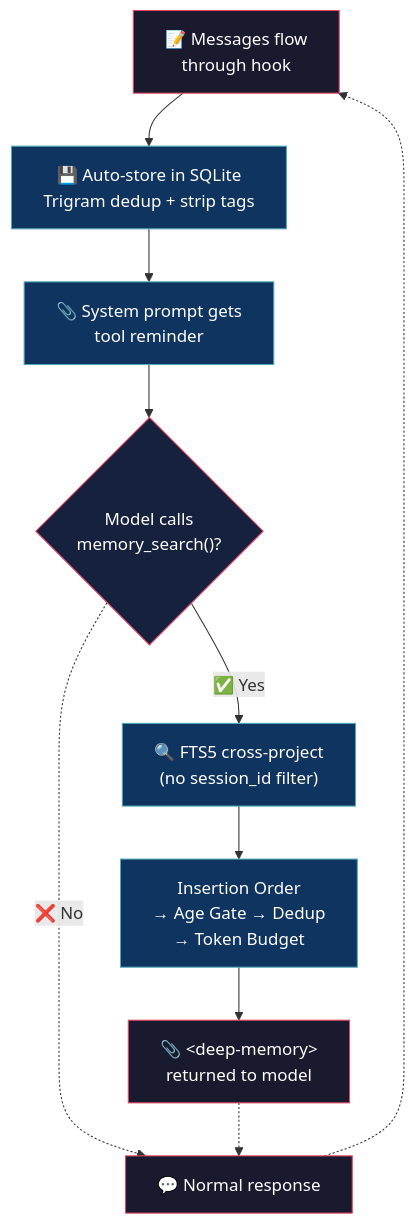
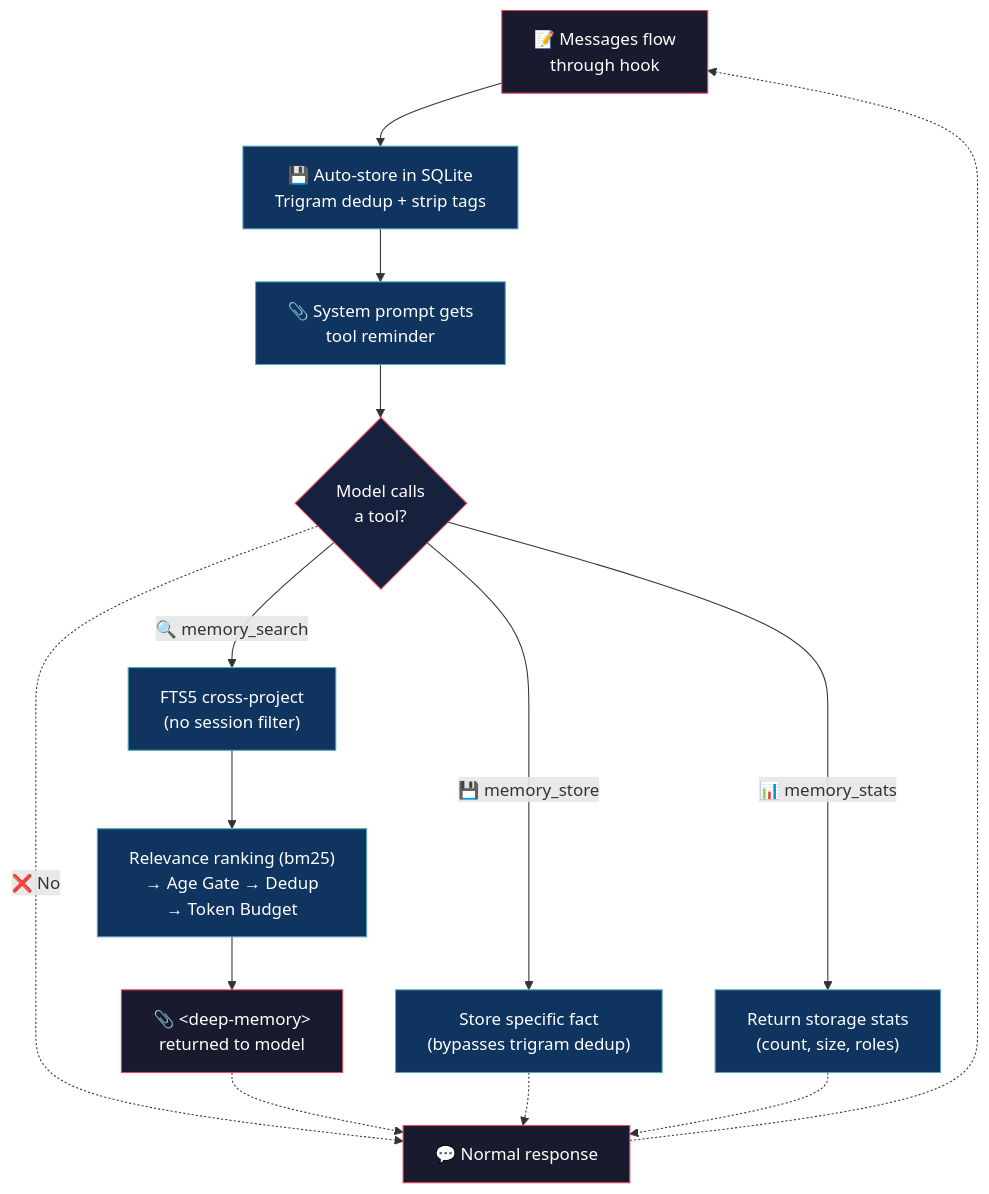
One commit to alejo54dev/opencode-deep-memory changed the diagram in README.md. Above: the diagram before and after it, drawn with Mermaid. The commit also changed other lines of this file and 1 other file, not shown here.

Commit message:
docs: sync README with codebase — fix line count, diagram, changelog, notes; sync jsonc max_results

````diff
--- a/README.md
+++ b/README.md
@@ -34,23 +34,29 @@
 ```mermaid
 flowchart TD
     A["📝 Messages flow<br/>through hook"]
     A --> B["💾 Auto-store in SQLite<br/>Trigram dedup + strip tags"]
     B --> C["📎 System prompt gets<br/>tool reminder"]
 
-    C --> D{"Model calls<br/>memory_search()?"}
-    D -->|"✅ Yes"| E["🔍 FTS5 cross-project<br/>(no session_id filter)"]
-    E --> F["Insertion Order<br/>→ Age Gate → Dedup<br/>→ Token Budget"]
+    C --> D{"Model calls<br/>a tool?"}
+    D -->|"🔍 memory_search"| E["FTS5 cross-project<br/>(no session filter)"]
+    E --> F["Relevance ranking (bm25)<br/>→ Age Gate → Dedup<br/>→ Token Budget"]
     F --> G["📎 &lt;deep-memory&gt;<br/>returned to model"]
-    D -.->|"❌ No"| H["💬 Normal response"]
-    G -.-> H
-    H -.-> A
+    D -->|"💾 memory_store"| H["Store specific fact<br/>(bypasses trigram dedup)"]
+    D -->|"📊 memory_stats"| I["Return storage stats<br/>(count, size, roles)"]
+    D -.->|"❌ No"| J["💬 Normal response"]
+    G -.-> J
+    H -.-> J
+    I -.-> J
+    J -.-> A
 
     style A fill:#1a1a2e,stroke:#e94560,color:#fff
     style B fill:#0f3460,stroke:#53a8b6,color:#fff
     style C fill:#0f3460,stroke:#53a8b6,color:#fff
     style D fill:#16213e,stroke:#e94560,color:#fff
     style E fill:#0f3460,stroke:#53a8b6,color:#fff
     style F fill:#0f3460,stroke:#53a8b6,color:#fff
     style G fill:#1a1a2e,stroke:#e94560,color:#fff
-    style H fill:#1a1a2e,stroke:#e94560,color:#fff
+    style H fill:#0f3460,stroke:#53a8b6,color:#fff
+    style I fill:#0f3460,stroke:#53a8b6,color:#fff
+    style J fill:#1a1a2e,stroke:#e94560,color:#fff
 ```
````
